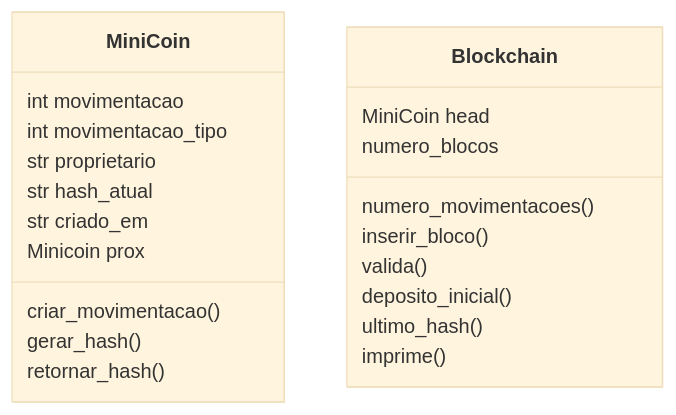
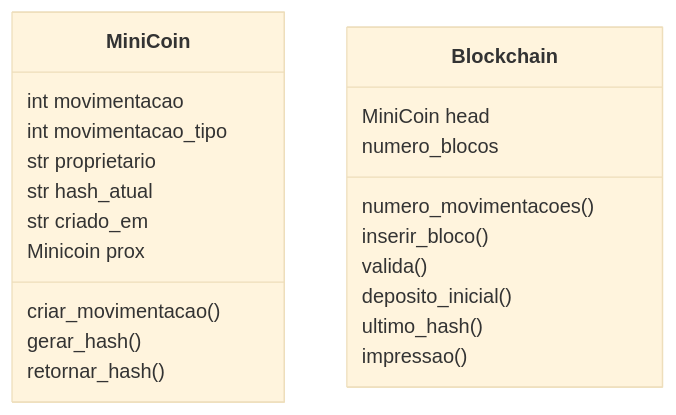
The first of 3 diagrams in README.md (gfd23-2023/MiniCoins), drawn with Mermaid (base theme) before and after one commit. The commit also changed other lines of this file and 1 other file, not shown here.

````diff
--- a/README.md
+++ b/README.md
@@ -45,25 +32,25 @@
 ```mermaid
 classDiagram
 
     class MiniCoin
     MiniCoin : int movimentacao
     MiniCoin : int movimentacao_tipo
     MiniCoin : str proprietario
     MiniCoin : str hash_atual
     MiniCoin : str criado_em
     MiniCoin : Minicoin prox
     MiniCoin : criar_movimentacao()
     MiniCoin : gerar_hash()
     MiniCoin : retornar_hash()
 
     class Blockchain
     Blockchain : MiniCoin head
     Blockchain : numero_blocos
     Blockchain : numero_movimentacoes()
     Blockchain : inserir_bloco()
     Blockchain : valida()
     Blockchain : deposito_inicial()
     Blockchain : ultimo_hash()
-    Blockchain : imprime()
+    Blockchain : impressao()
 
 ```
````
